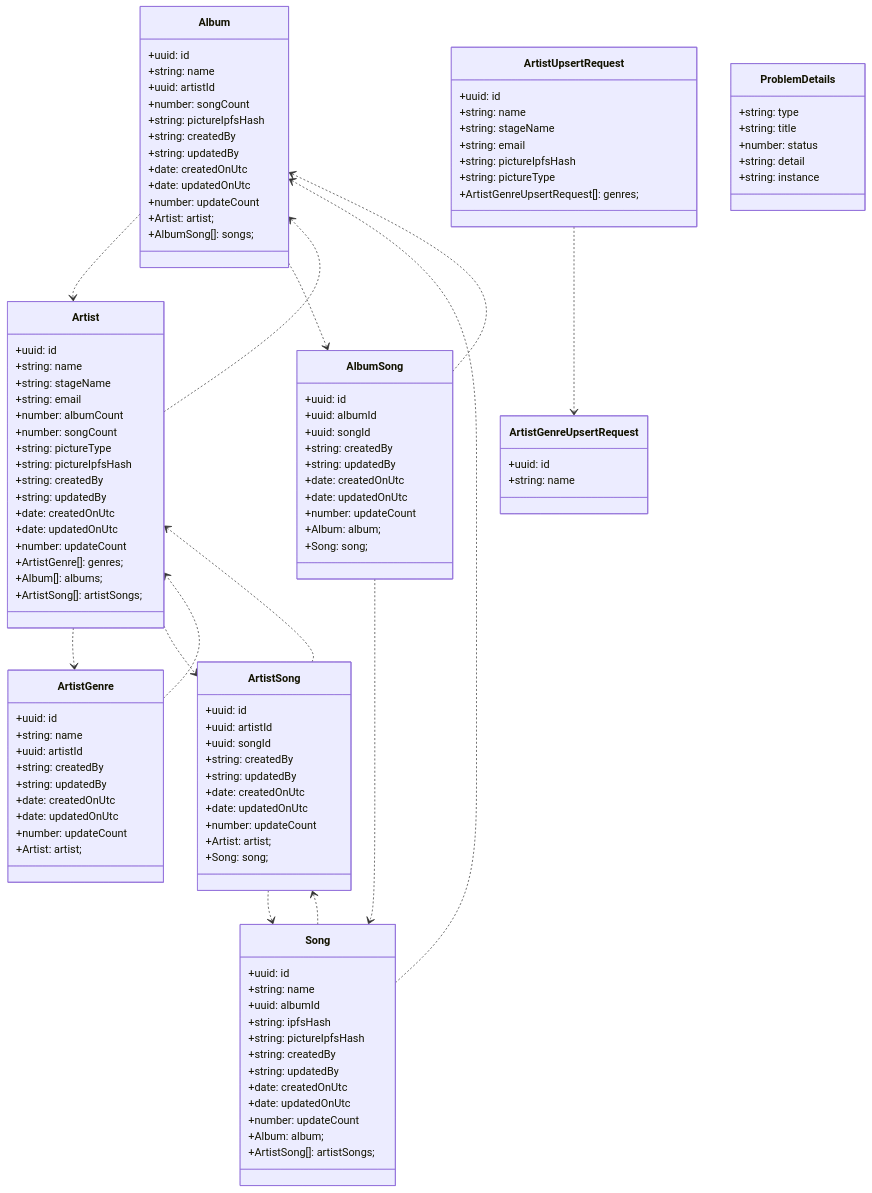
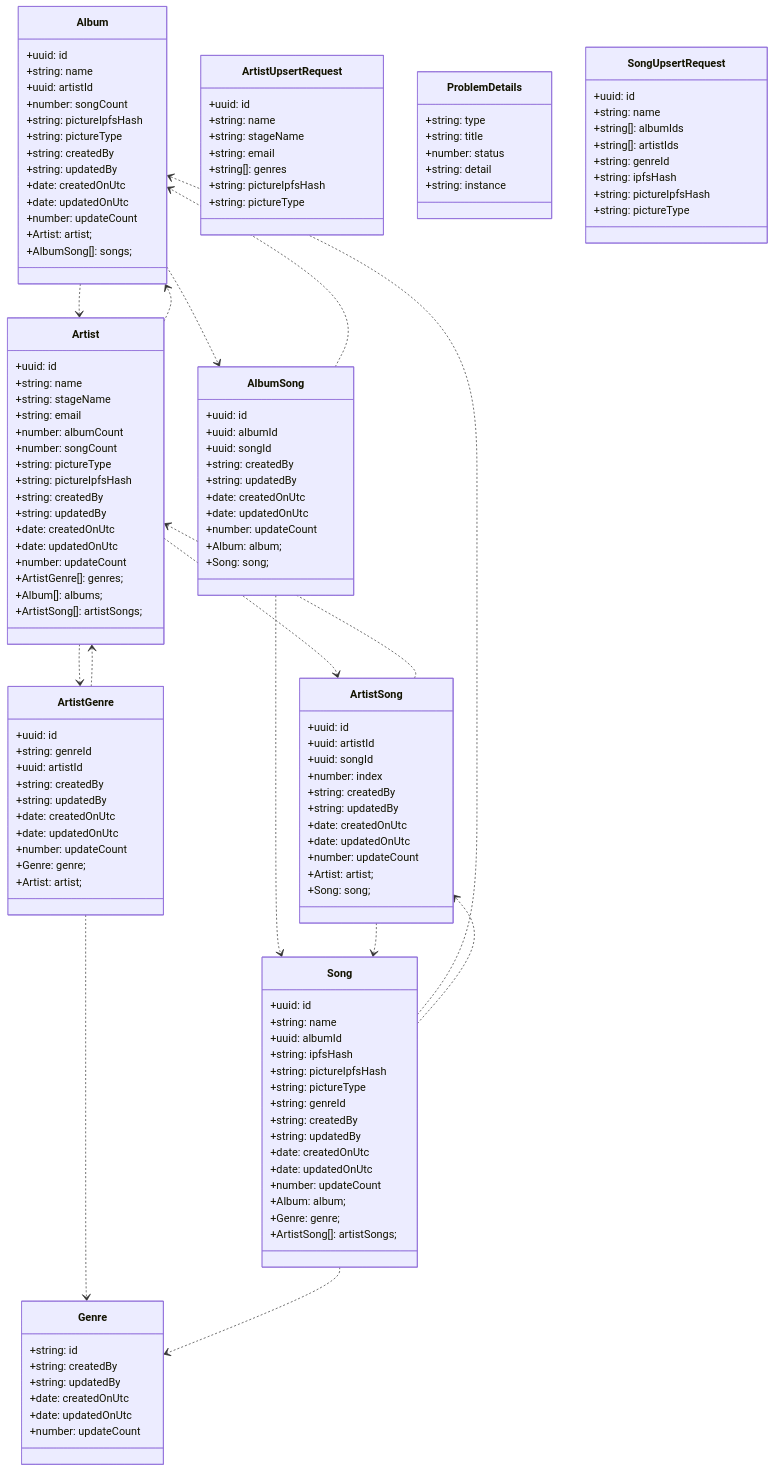
The diagram in docs/artists-webapi/class-diagram.md (ikemtz/ITEC5905), drawn with Mermaid before and after one commit. The commit also changed 104 other files, not shown here.

````diff
--- a/docs/artists-webapi/class-diagram.md
+++ b/docs/artists-webapi/class-diagram.md
@@ -8,11 +8,12 @@
   Artist ..> ArtistGenre
   Artist ..> Album
   Artist ..> ArtistSong
+  ArtistGenre ..> Genre
   ArtistGenre ..> Artist
   ArtistSong ..> Artist
   ArtistSong ..> Song
-  ArtistUpsertRequest ..> ArtistGenreUpsertRequest
   Song ..> Album
+  Song ..> Genre
   Song ..> ArtistSong
 
   class Album{
@@ -21,6 +22,7 @@
     +uuid: artistId
     +number: songCount
     +string: pictureIpfsHash
+    +string: pictureType
     +string: createdBy
     +string: updatedBy
     +date: createdOnUtc
@@ -61,23 +63,21 @@
   }
   class ArtistGenre{
     +uuid: id
-    +string: name
+    +string: genreId
     +uuid: artistId
     +string: createdBy
     +string: updatedBy
     +date: createdOnUtc
     +date: updatedOnUtc
     +number: updateCount
+    +Genre: genre;
     +Artist: artist;
-  }
-  class ArtistGenreUpsertRequest{
-    +uuid: id
-    +string: name
   }
   class ArtistSong{
     +uuid: id
     +uuid: artistId
     +uuid: songId
+    +number: index
     +string: createdBy
     +string: updatedBy
     +date: createdOnUtc
@@ -91,9 +91,17 @@
     +string: name
     +string: stageName
     +string: email
+    +string[]: genres
     +string: pictureIpfsHash
     +string: pictureType
-    +ArtistGenreUpsertRequest[]: genres;
+  }
+  class Genre{
+    +string: id
+    +string: createdBy
+    +string: updatedBy
+    +date: createdOnUtc
+    +date: updatedOnUtc
+    +number: updateCount
   }
   class ProblemDetails{
     +string: type
@@ -108,12 +116,25 @@
     +uuid: albumId
     +string: ipfsHash
     +string: pictureIpfsHash
+    +string: pictureType
+    +string: genreId
     +string: createdBy
     +string: updatedBy
     +date: createdOnUtc
     +date: updatedOnUtc
     +number: updateCount
     +Album: album;
+    +Genre: genre;
     +ArtistSong[]: artistSongs;
   }
+  class SongUpsertRequest{
+    +uuid: id
+    +string: name
+    +string[]: albumIds
+    +string[]: artistIds
+    +string: genreId
+    +string: ipfsHash
+    +string: pictureIpfsHash
+    +string: pictureType
+  }
 ```
````
